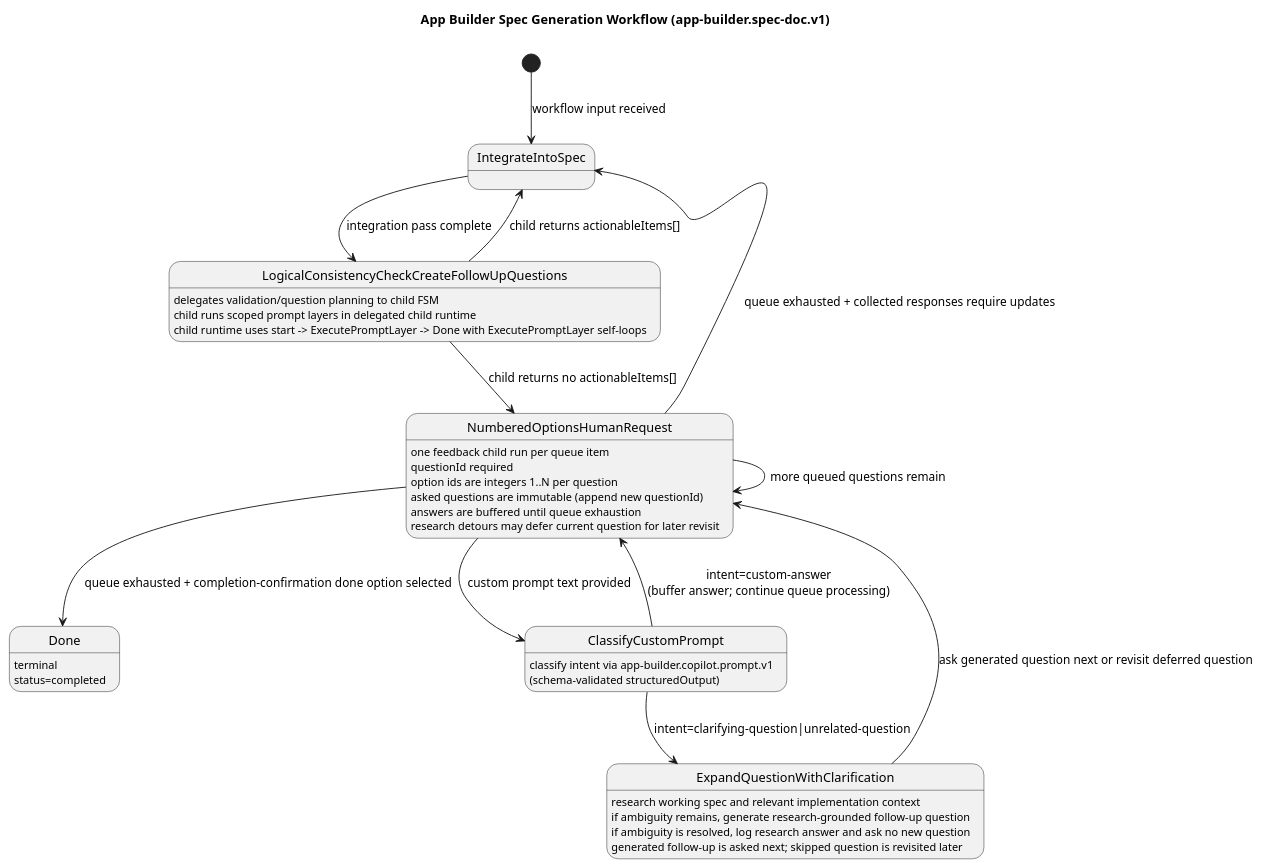
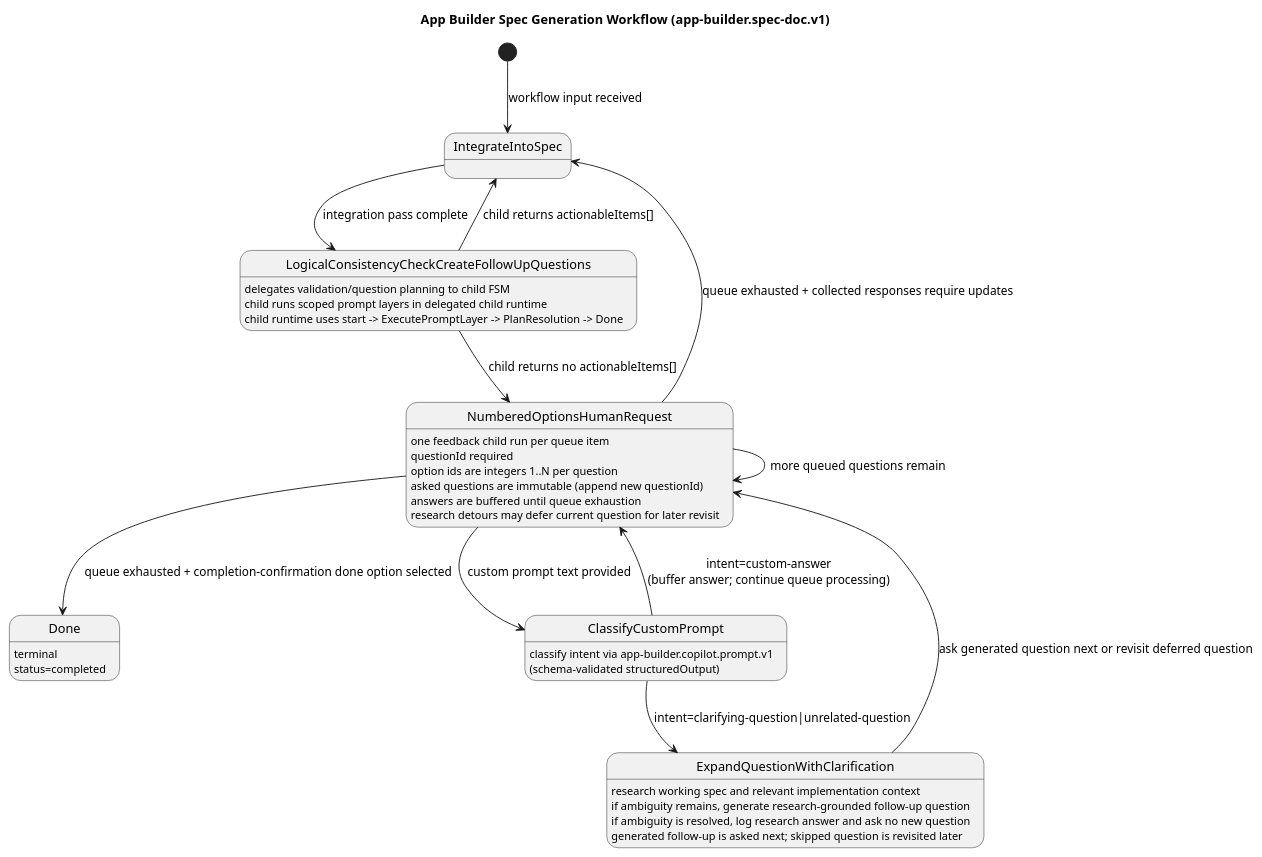
The diagram in packages/workflow-app-builder/docs/spec-doc-generation-workflow.md (huntj88/ComposableWorkflow), drawn with PlantUML before and after one commit. The commit also changed other lines of this file and 6 other files, not shown here.

Commit message:
docs: define two-pass consistency child model

````diff
--- a/packages/workflow-app-builder/docs/spec-doc-generation-workflow.md
+++ b/packages/workflow-app-builder/docs/spec-doc-generation-workflow.md
@@ -172,42 +174,42 @@
 ```plantuml
 @startuml
 title App Builder Spec Generation Workflow (app-builder.spec-doc.v1)
 
 [*] --> IntegrateIntoSpec : workflow input received
 IntegrateIntoSpec --> LogicalConsistencyCheckCreateFollowUpQuestions : integration pass complete
 
 LogicalConsistencyCheckCreateFollowUpQuestions : delegates validation/question planning to child FSM
 LogicalConsistencyCheckCreateFollowUpQuestions : child runs scoped prompt layers in delegated child runtime
-LogicalConsistencyCheckCreateFollowUpQuestions : child runtime uses start -> ExecutePromptLayer -> Done with ExecutePromptLayer self-loops
+LogicalConsistencyCheckCreateFollowUpQuestions : child runtime uses start -> ExecutePromptLayer -> PlanResolution -> Done
 LogicalConsistencyCheckCreateFollowUpQuestions --> IntegrateIntoSpec : child returns actionableItems[]
 LogicalConsistencyCheckCreateFollowUpQuestions --> NumberedOptionsHumanRequest : child returns no actionableItems[]
 
 NumberedOptionsHumanRequest : one feedback child run per queue item
 NumberedOptionsHumanRequest : questionId required
 NumberedOptionsHumanRequest : option ids are integers 1..N per question
 NumberedOptionsHumanRequest : asked questions are immutable (append new questionId)
 NumberedOptionsHumanRequest : answers are buffered until queue exhaustion
 NumberedOptionsHumanRequest : research detours may defer current question for later revisit
 
 NumberedOptionsHumanRequest --> NumberedOptionsHumanRequest : more queued questions remain
 NumberedOptionsHumanRequest --> Done : queue exhausted + completion-confirmation done option selected
 NumberedOptionsHumanRequest --> IntegrateIntoSpec : queue exhausted + collected responses require updates
 NumberedOptionsHumanRequest --> ClassifyCustomPrompt : custom prompt text provided
 
 state ClassifyCustomPrompt
 ClassifyCustomPrompt : classify intent via app-builder.copilot.prompt.v1\n(schema-validated structuredOutput)
 
 ClassifyCustomPrompt --> ExpandQuestionWithClarification : intent=clarifying-question|unrelated-question
 ClassifyCustomPrompt --> NumberedOptionsHumanRequest : intent=custom-answer\n(buffer answer; continue queue processing)
 
 state ExpandQuestionWithClarification
 ExpandQuestionWithClarification : research working spec and relevant implementation context
 ExpandQuestionWithClarification : if ambiguity remains, generate research-grounded follow-up question
 ExpandQuestionWithClarification : if ambiguity is resolved, log research answer and ask no new question
 ExpandQuestionWithClarification : generated follow-up is asked next; skipped question is revisited later
 
 ExpandQuestionWithClarification --> NumberedOptionsHumanRequest : ask generated question next or revisit deferred question
 
 Done : terminal\nstatus=completed
 @enduml
 ```
````
